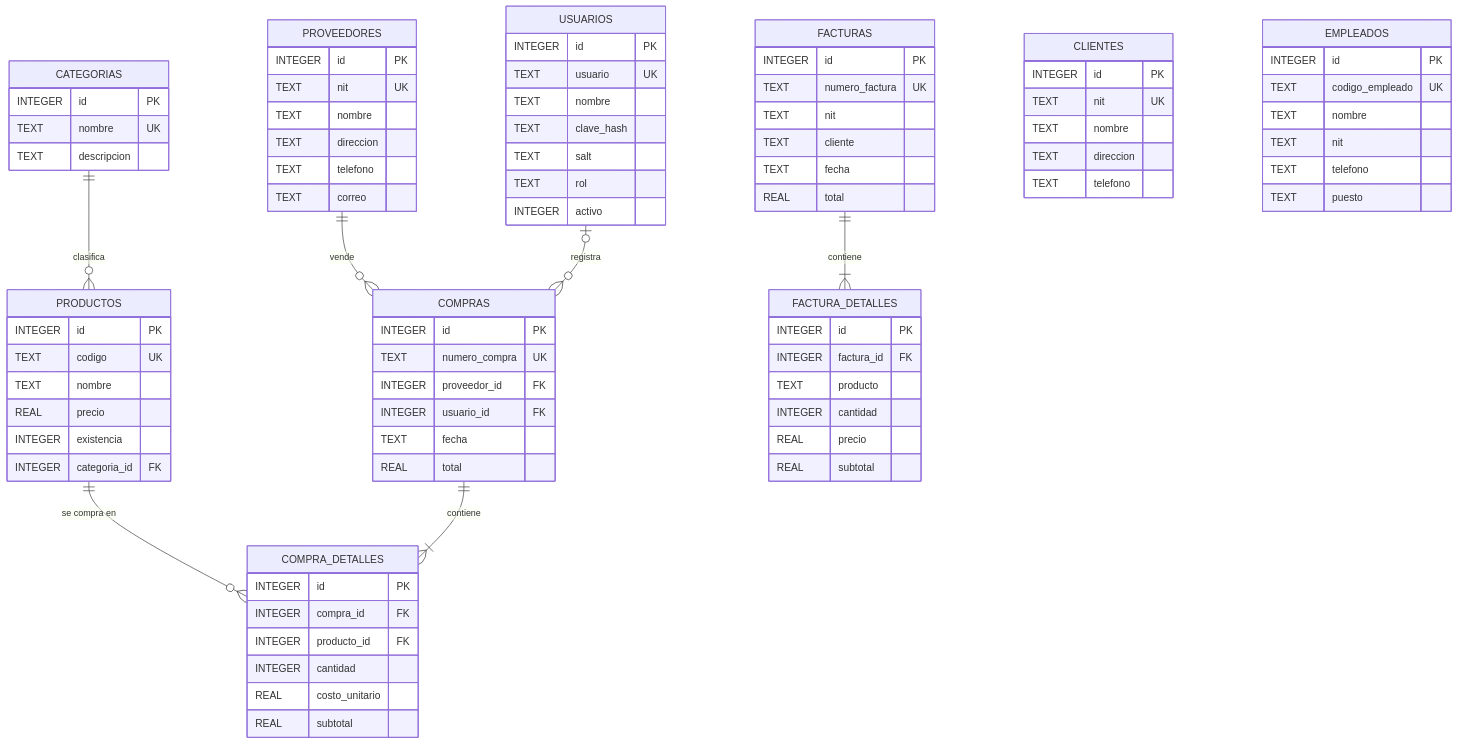
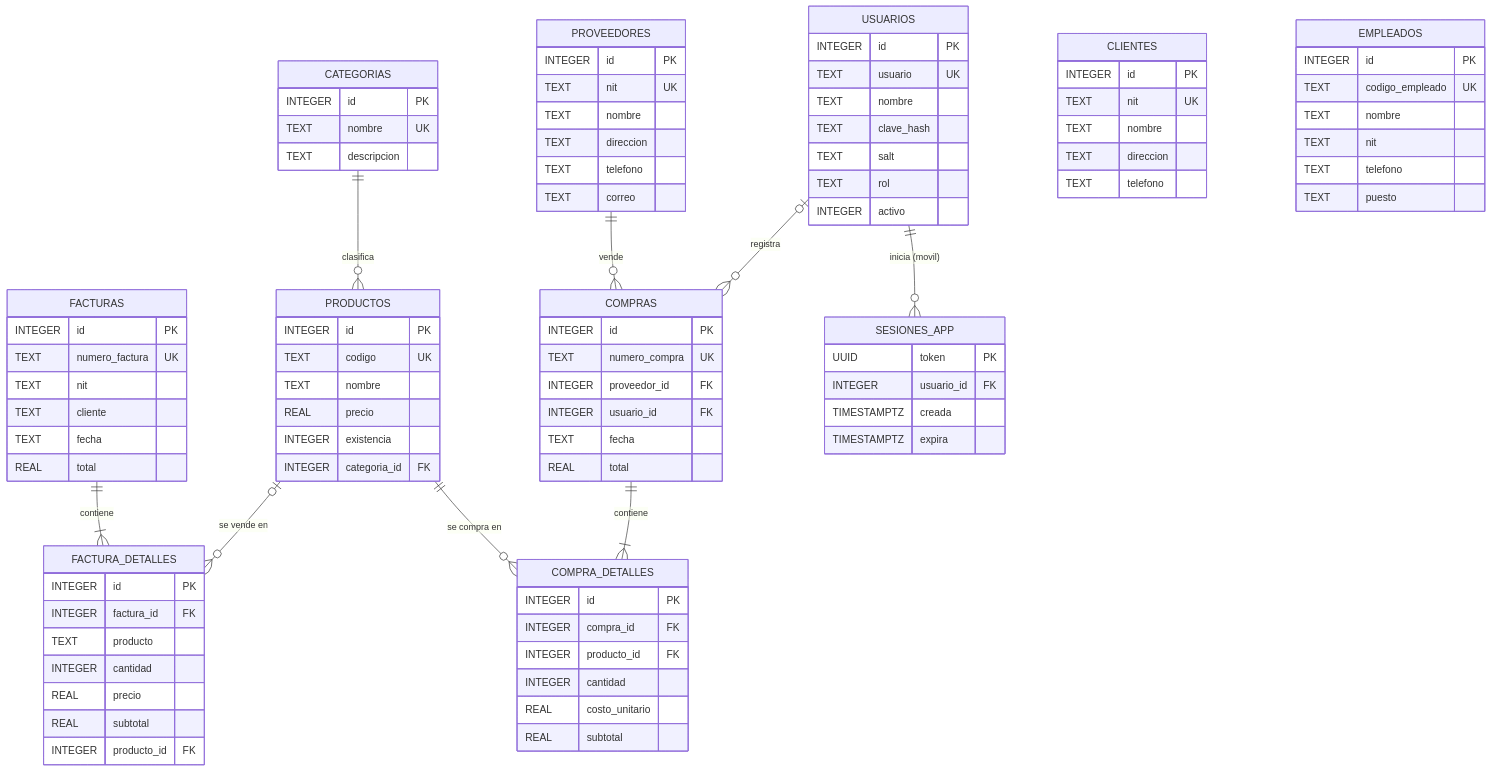
The diagram in docs/diagrama-entidad-relacion.md (jzetinob/sistema-ventas), drawn with Mermaid before and after one commit. The commit also changed other lines of this file and 20 other files, not shown here.

````diff
--- a/docs/diagrama-entidad-relacion.md
+++ b/docs/diagrama-entidad-relacion.md
@@ -10,6 +10,8 @@
     USUARIOS |o--o{ COMPRAS : "registra"
     COMPRAS ||--|{ COMPRA_DETALLES : "contiene"
     FACTURAS ||--|{ FACTURA_DETALLES : "contiene"
+    PRODUCTOS |o--o{ FACTURA_DETALLES : "se vende en"
+    USUARIOS ||--o{ SESIONES_APP : "inicia (movil)"
 
     CATEGORIAS {
         INTEGER id PK
@@ -71,6 +73,7 @@
         INTEGER cantidad
         REAL precio
         REAL subtotal
+        INTEGER producto_id FK
     }
     COMPRAS {
         INTEGER id PK
@@ -88,4 +91,10 @@
         REAL costo_unitario
         REAL subtotal
     }
+    SESIONES_APP {
+        UUID token PK
+        INTEGER usuario_id FK
+        TIMESTAMPTZ creada
+        TIMESTAMPTZ expira
+    }
 ```
````
